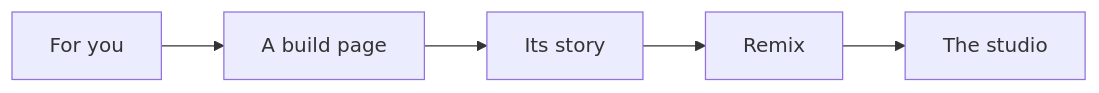
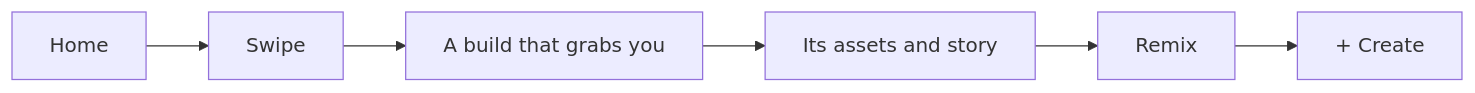
One commit to Pukujan/swarm-studio changed diagram 22 of 22 in docs/ux/SITEMAP.md. Above: the diagram before and after it, drawn with Mermaid. The commit also changed other lines of this file and 4 other files, not shown here.

````diff
--- a/docs/ux/SITEMAP.md
+++ b/docs/ux/SITEMAP.md
@@ -428,4 +449,4 @@
 ```mermaid
 flowchart LR
-  g1[For you] --> g2[A build page] --> g3[Its story] --> g4[Remix] --> g5[The studio]
+  g0[Home] --> g1[Swipe] --> g2[A build that grabs you] --> g3[Its assets and story] --> g4[Remix] --> g5["+ Create"]
 ```
````
